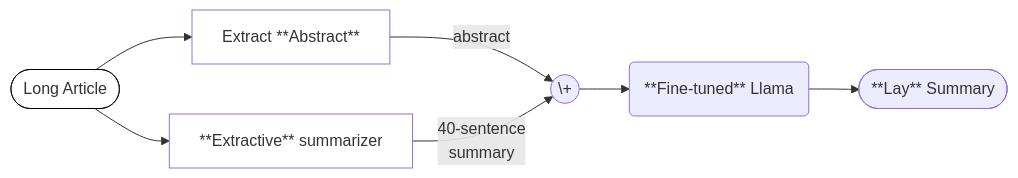
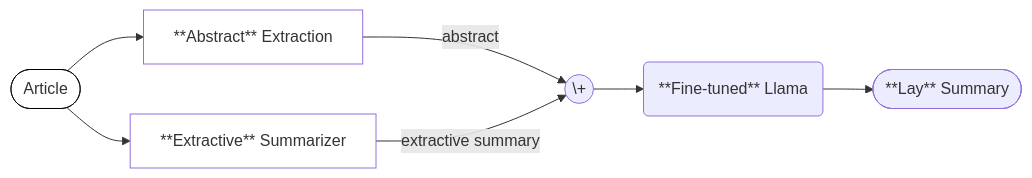
One commit to whopriyamuw/biolaysumm2025-task changed the fifth of 7 diagrams in reports/presentation/slides.md. Above: the diagram before and after it, drawn with Mermaid. The commit also changed other lines of this file and 1 other file, not shown here.

````diff
--- a/reports/presentation/slides.md
+++ b/reports/presentation/slides.md
@@ -327,20 +381,20 @@
 ```mermaid {theme: 'default'}
 flowchart LR
-  input([Long Article])
-  extractive[**Extractive** summarizer]
-  abstract[Extract **Abstract**]
+  input([Article])
+  extractive[**Extractive** Summarizer]
+  abstract[**Abstract** Extraction]
   concat((\+))
   model(**Fine-tuned** Llama)
   output([**Lay** Summary])
 
   input --> abstract
   input --> extractive
   abstract -- "abstract" --> concat
-  extractive -- "40-sentence<br/>summary" --> concat
+  extractive -- "extractive summary" --> concat
   concat --> model
   model --> output
 
   style input fill:none,stroke:#000;
   style abstract fill:none;
   style extractive fill:none;
 ```
````
